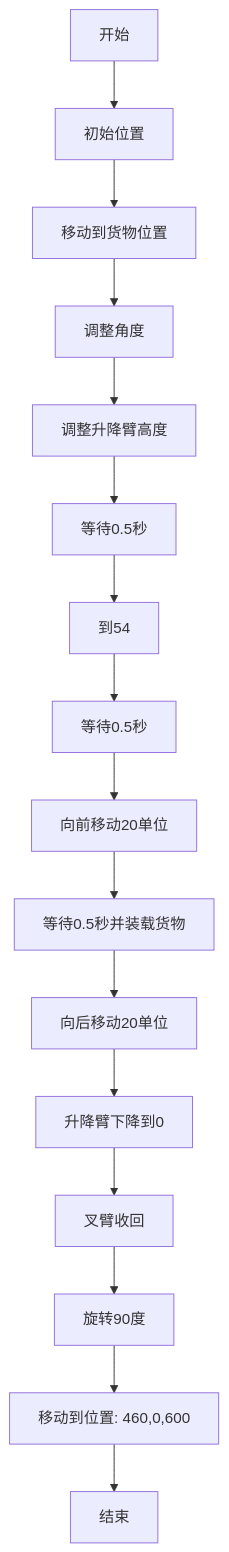
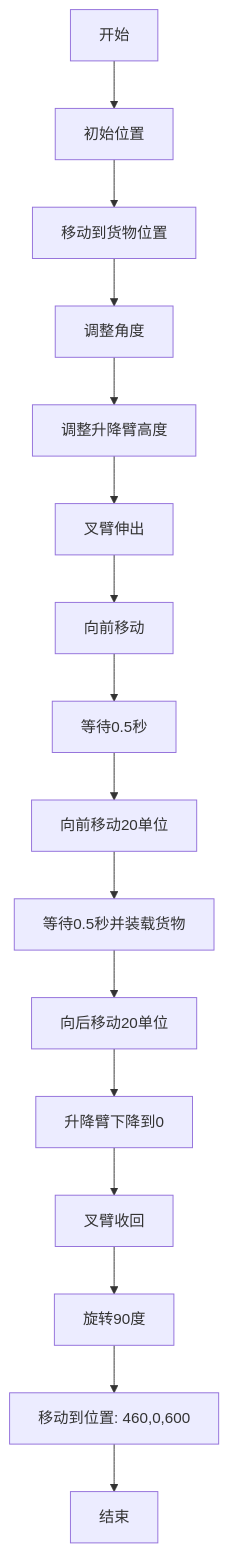
One commit to Mrmilu212/iodraw-files changed the diagram in all/未命名-1.md. Above: the diagram before and after it, drawn with Mermaid.

Commit message:
2025-05-20 14:23:08 update

````diff
--- a/all/未命名-1.md
+++ b/all/未命名-1.md
@@ -1,18 +1,18 @@
 ```mermaid
 graph TD
     A[开始] --> B[初始位置]
     B --> C[移动到货物位置]
     C --> D[调整角度]
     D --> E[调整升降臂高度]
-    E --> F[等待0.5秒]
-    F --> G[到54]
+    E --> F[叉臂伸出]
+    F --> G[向前移动]
     G --> H[等待0.5秒]
     H --> I[向前移动20单位]
     I --> J[等待0.5秒并装载货物]
     J --> K[向后移动20单位]
     K --> L[升降臂下降到0]
     L --> M[叉臂收回]
     M --> N[旋转90度]
     N --> O[移动到位置: 460,0,600]
     O --> P[结束]
 ```
````
